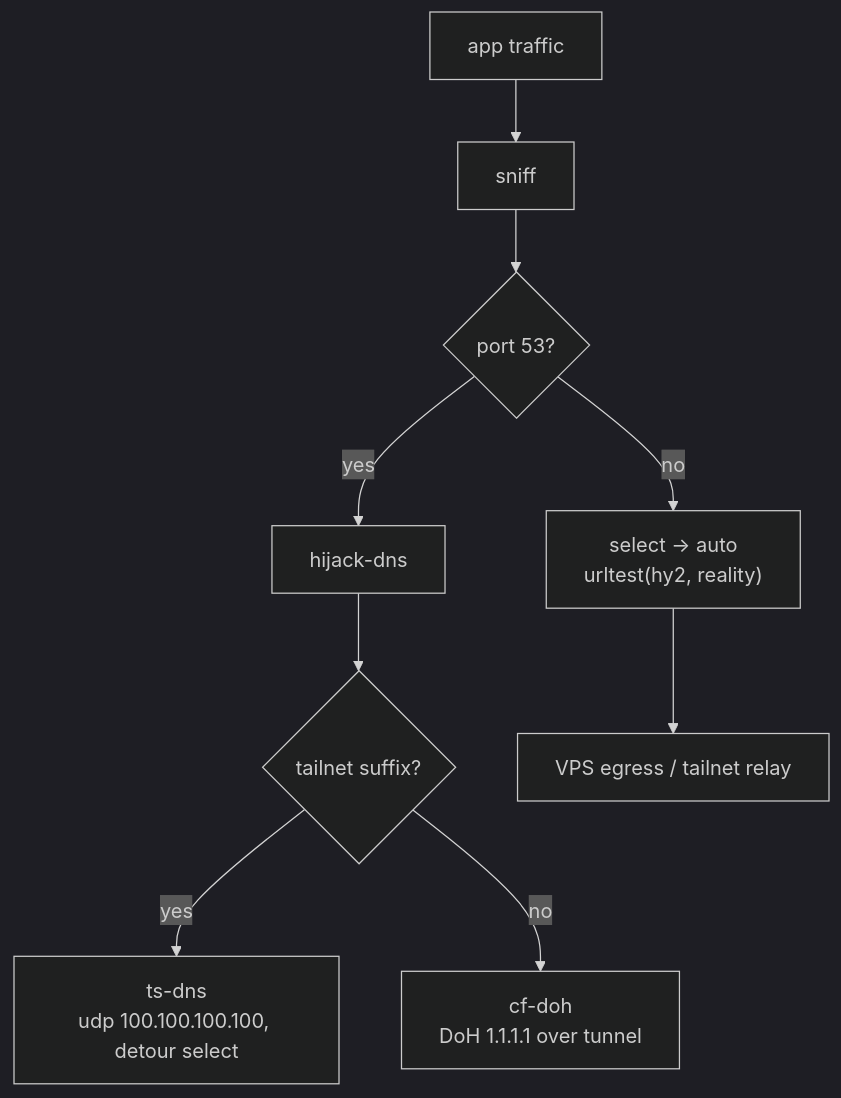
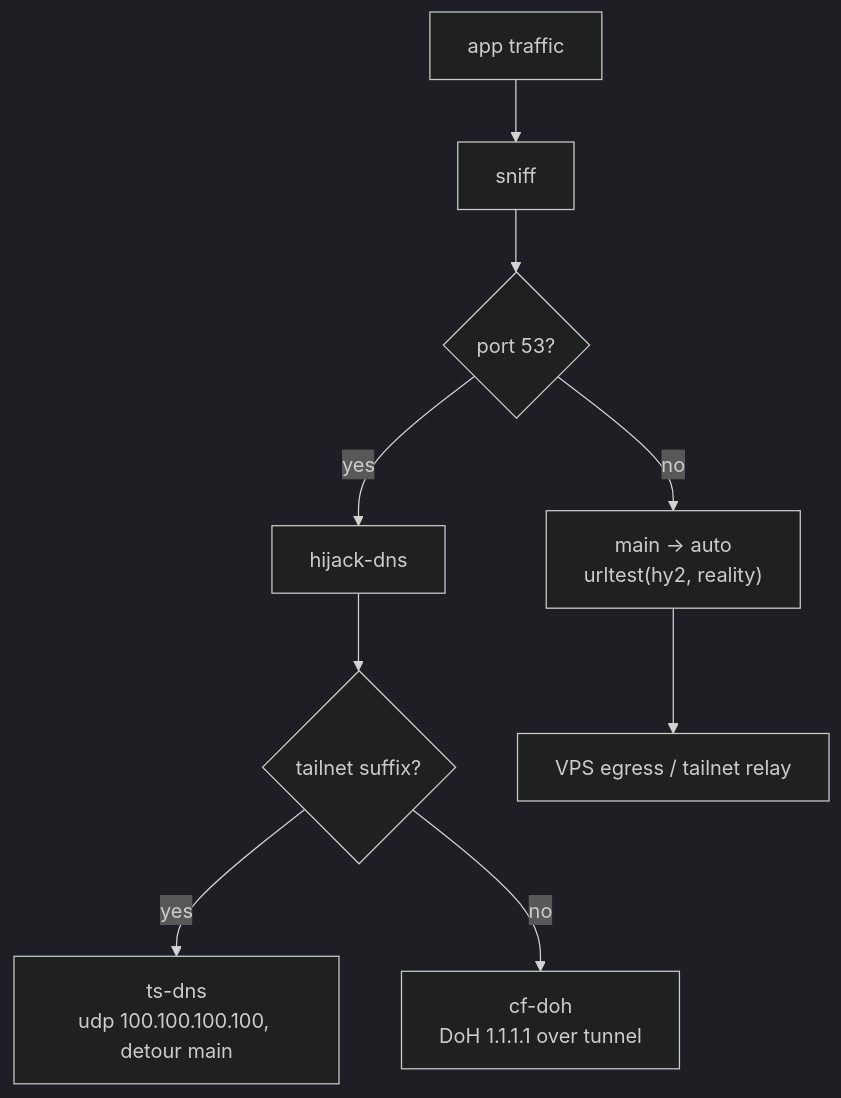
Before and after one commit to radiosilence/jaritanet: the third of 4 diagrams in docs/architecture.md, drawn with Mermaid (dark theme). The commit also changed other lines of this file and 2 other files, not shown here.

Commit message:
refactor(singbox): rename selector group select -> main (#66)
The manual selector (route.final, the group you tap in the app) was tagged
"select" — a generic verb that read as an action, not the network's entry
point. Renamed to "main". The urltest group stays "auto" (already clear).

Updates every reference: the selector's members, route.final, the tailnet
100.x route rule, and the ts-dns detour, plus the README and architecture doc.

````diff
--- a/docs/architecture.md
+++ b/docs/architecture.md
@@ -123,11 +123,11 @@
 ```mermaid
 flowchart TD
     APP["app traffic"] --> SNIFF["sniff"]
     SNIFF --> DNSQ{"port 53?"}
     DNSQ -->|yes| HIJACK["hijack-dns"]
     HIJACK --> RESOLVE{"tailnet suffix?"}
-    RESOLVE -->|yes| TSDNS["ts-dns<br/>udp 100.100.100.100, detour select"]
+    RESOLVE -->|yes| TSDNS["ts-dns<br/>udp 100.100.100.100, detour main"]
     RESOLVE -->|no| DOH["cf-doh<br/>DoH 1.1.1.1 over tunnel"]
-    DNSQ -->|no| SEL["select -> auto<br/>urltest(hy2, reality)"]
+    DNSQ -->|no| SEL["main -> auto<br/>urltest(hy2, reality)"]
     SEL --> VPS["VPS egress / tailnet relay"]
 ```
````
